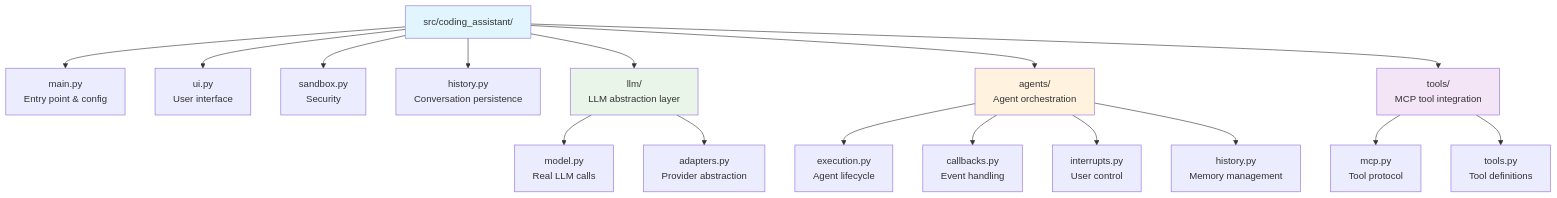
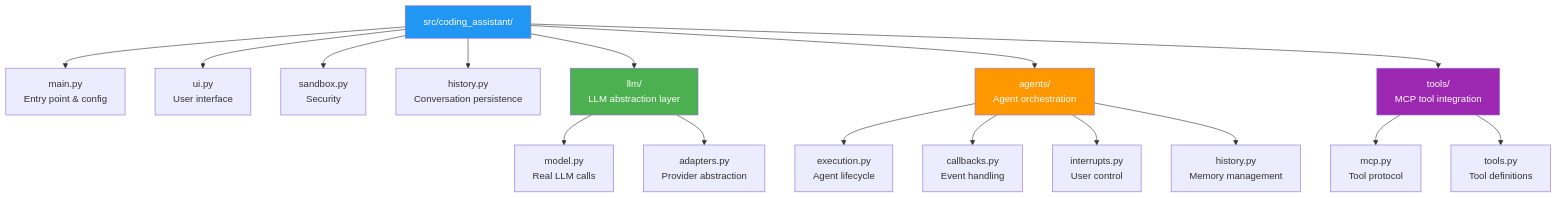
The second of 17 diagrams in docs-content/01_frameworks/Session1_ModuleD_Coding_Assistant_Case_Study.md (fwornle/agentic-ai-nano), drawn with Mermaid before and after one commit. The commit also changed other lines of this file, not shown here.

Commit message:
docs: review Option D, styling (mermaid)

````diff
--- a/docs-content/01_frameworks/Session1_ModuleD_Coding_Assistant_Case_Study.md
+++ b/docs-content/01_frameworks/Session1_ModuleD_Coding_Assistant_Case_Study.md
@@ -56,28 +56,28 @@
 ```mermaid
 graph TB
     ROOT[src/coding_assistant/]
     
     ROOT --> MAIN[main.py<br/>Entry point & config]
     ROOT --> UI[ui.py<br/>User interface]
     ROOT --> SAND[sandbox.py<br/>Security]
     ROOT --> HIST[history.py<br/>Conversation persistence]
     
     ROOT --> LLM[llm/<br/>LLM abstraction layer]
     LLM --> LLM1[model.py<br/>Real LLM calls]
     LLM --> LLM2[adapters.py<br/>Provider abstraction]
     
     ROOT --> AGENTS[agents/<br/>Agent orchestration]
     AGENTS --> AG1[execution.py<br/>Agent lifecycle]
     AGENTS --> AG2[callbacks.py<br/>Event handling]
     AGENTS --> AG3[interrupts.py<br/>User control]
     AGENTS --> AG4[history.py<br/>Memory management]
     
     ROOT --> TOOLS[tools/<br/>MCP tool integration]
     TOOLS --> T1[mcp.py<br/>Tool protocol]
     TOOLS --> T2[tools.py<br/>Tool definitions]
     
-    style LLM fill:#e8f5e8
-    style AGENTS fill:#fff3e0
-    style TOOLS fill:#f3e5f5
-    style ROOT fill:#e1f5fe
+    style LLM fill:#4CAF50,color:#ffffff
+    style AGENTS fill:#FF9800,color:#ffffff
+    style TOOLS fill:#9C27B0,color:#ffffff
+    style ROOT fill:#2196F3,color:#ffffff
 ```
````
